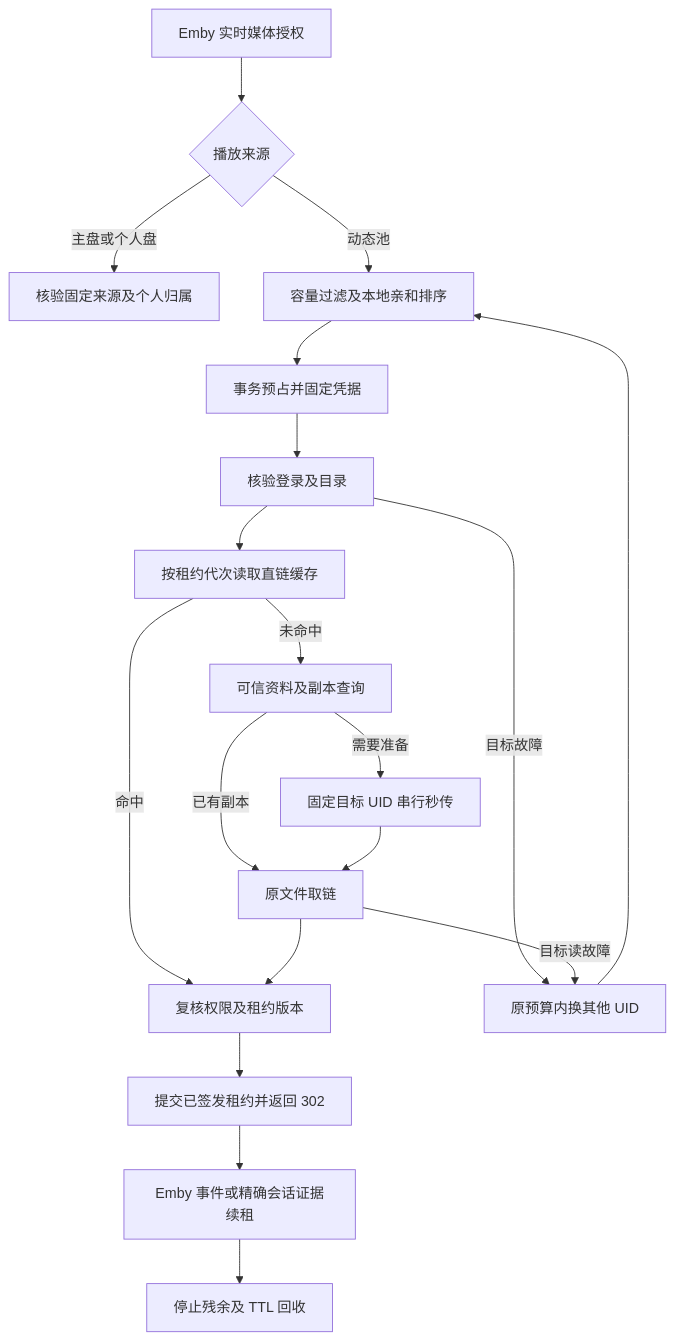
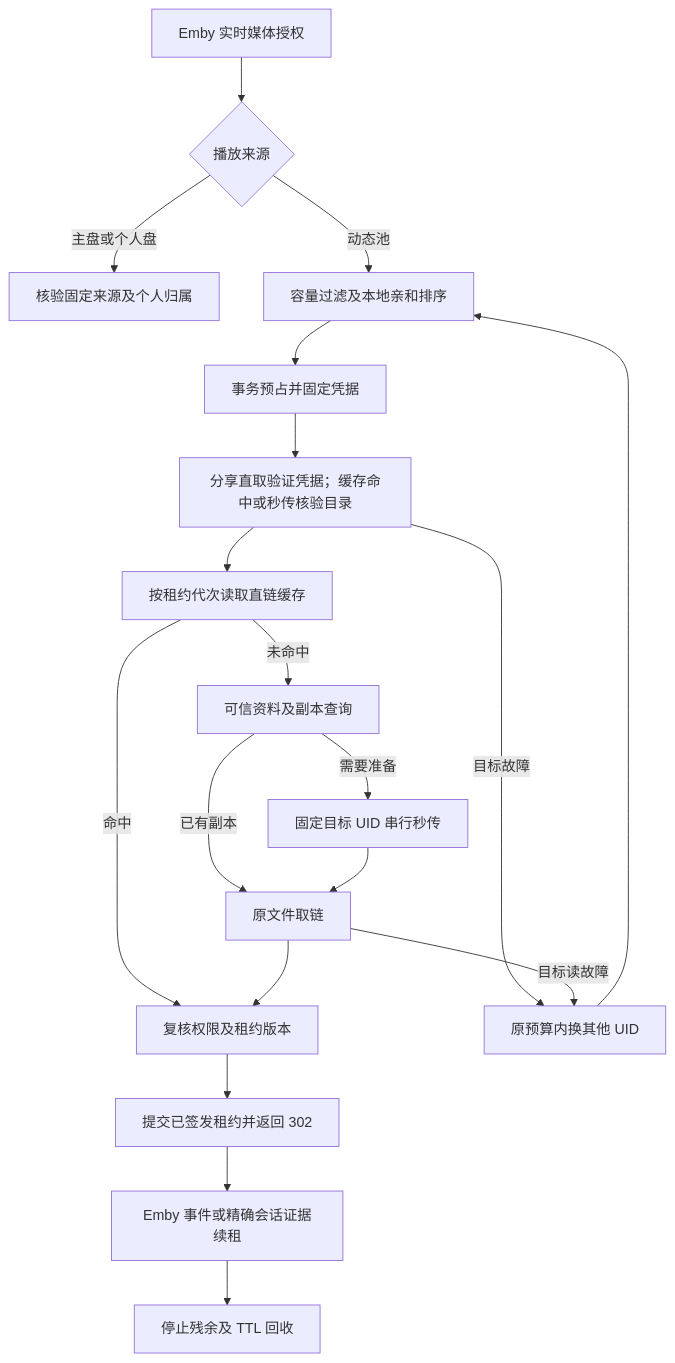
One commit to jli452195/Cinema115 changed the diagram in docs/dynamic-playback-pool.md. Above: the diagram before and after it, drawn with Mermaid. The commit also changed other lines of this file and 13 other files, not shown here.

````diff
--- a/docs/dynamic-playback-pool.md
+++ b/docs/dynamic-playback-pool.md
@@ -7,21 +7,21 @@
 ```mermaid
 flowchart TD
   A[Emby 实时媒体授权] --> B{播放来源}
   B -->|主盘或个人盘| C[核验固定来源及个人归属]
   B -->|动态池| D[容量过滤及本地亲和排序]
   D --> E[事务预占并固定凭据]
-  E --> F[核验登录及目录]
+  E --> F[分享直取验证凭据；缓存命中或秒传核验目录]
   F --> G[按租约代次读取直链缓存]
   G -->|未命中| H[可信资料及副本查询]
   H -->|需要准备| I[固定目标 UID 串行秒传]
   H -->|已有副本| J[原文件取链]
   I --> J
   G -->|命中| K[复核权限及租约版本]
   J --> K
   K --> L[提交已签发租约并返回 302]
   F -->|目标故障| M[原预算内换其他 UID]
   J -->|目标读故障| M
   M --> D
   L --> N[Emby 事件或精确会话证据续租]
   N --> O[停止残余及 TTL 回收]
 ```
````
